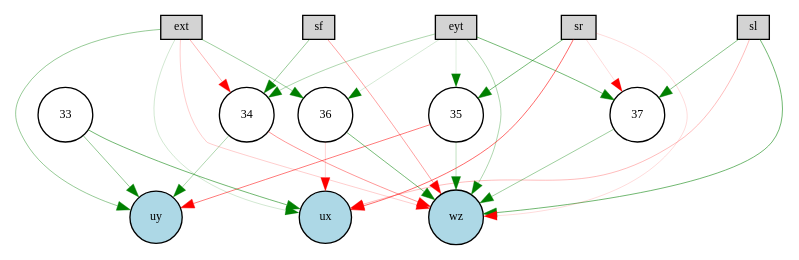
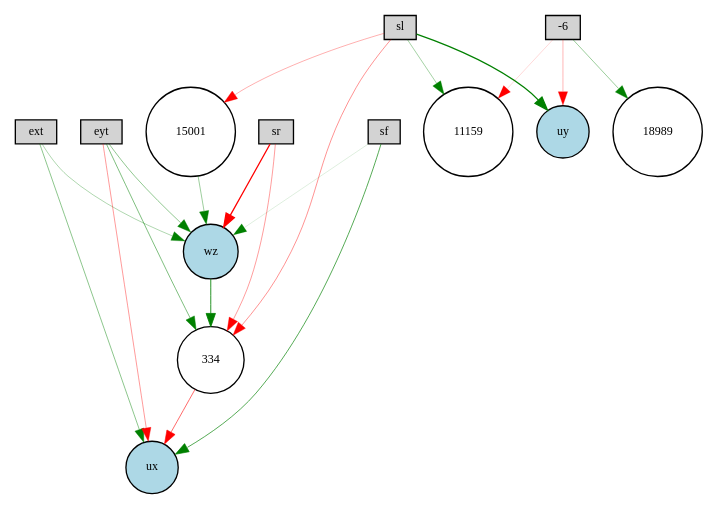
Before and after one commit to KaiL4eK/autopilot_simulator: the diagram in pictures_ff/winner-feedforward-enabled.gv, drawn with Graphviz. The commit also changed 9 other files, not shown here.

```diff
--- a/pictures_ff/winner-feedforward-enabled.gv
+++ b/pictures_ff/winner-feedforward-enabled.gv
@@ -1,44 +1,35 @@
 digraph {
 	node [fontsize=9 height=0.2 shape=circle width=0.2]
 	ext [fillcolor=lightgray shape=box style=filled]
 	eyt [fillcolor=lightgray shape=box style=filled]
 	sf [fillcolor=lightgray shape=box style=filled]
 	sl [fillcolor=lightgray shape=box style=filled]
 	sr [fillcolor=lightgray shape=box style=filled]
+	-6 [fillcolor=lightgray shape=box style=filled]
 	ux [fillcolor=lightblue style=filled]
 	uy [fillcolor=lightblue style=filled]
 	wz [fillcolor=lightblue style=filled]
-	35 [fillcolor=white style=filled]
-	36 [fillcolor=white style=filled]
-	37 [fillcolor=white style=filled]
-	33 [fillcolor=white style=filled]
-	34 [fillcolor=white style=filled]
-	sr -> ux [color=red penwidth=0.43883094619151697 style=solid]
-	eyt -> wz [color=green penwidth=0.24160920987310702 style=solid]
-	35 -> uy [color=red penwidth=0.3861535466267372 style=solid]
-	ext -> 36 [color=green penwidth=0.28515593279044255 style=solid]
-	ext -> ux [color=green penwidth=0.14255098095218316 style=solid]
-	eyt -> 35 [color=green penwidth=0.10072252561200136 style=solid]
-	ext -> wz [color=red penwidth=0.14523654600680602 style=solid]
-	35 -> wz [color=green penwidth=0.18990469092241202 style=solid]
-	sl -> wz [color=green penwidth=0.41893037419815216 style=solid]
-	sf -> 34 [color=green penwidth=0.30565812315111274 style=solid]
-	sl -> ux [color=red penwidth=0.19811080218607147 style=solid]
-	34 -> wz [color=red penwidth=0.31315771684293586 style=solid]
-	eyt -> 36 [color=green penwidth=0.13344221326465278 style=solid]
-	37 -> wz [color=green penwidth=0.2906920474555458 style=solid]
-	sr -> wz [color=red penwidth=0.11426997388430933 style=solid]
-	sl -> 37 [color=green penwidth=0.34633044541426594 style=solid]
-	ext -> uy [color=green penwidth=0.30956823590462396 style=solid]
-	eyt -> 34 [color=green penwidth=0.23500424477368367 style=solid]
-	34 -> uy [color=green penwidth=0.23662512609982841 style=solid]
-	33 -> uy [color=green penwidth=0.3206143571714114 style=solid]
-	ext -> 34 [color=red penwidth=0.21521780920395897 style=solid]
-	sf -> wz [color=red penwidth=0.2781473019587396 style=solid]
-	eyt -> 37 [color=green penwidth=0.40752791579759506 style=solid]
-	sr -> 37 [color=red penwidth=0.11140393208824789 style=solid]
-	36 -> wz [color=green penwidth=0.4013647422997233 style=solid]
-	33 -> ux [color=green penwidth=0.4218397776708419 style=solid]
-	sr -> 35 [color=green penwidth=0.40061718036582594 style=solid]
-	36 -> ux [color=red penwidth=0.125414781868812 style=solid]
+	18989 [fillcolor=white style=filled]
+	334 [fillcolor=white style=filled]
+	11159 [fillcolor=white style=filled]
+	15001 [fillcolor=white style=filled]
+	ext -> wz [color=green penwidth=0.23900137551456396 style=solid]
+	ext -> ux [color=green penwidth=0.3443340158729258 style=solid]
+	sr -> 334 [color=red penwidth=0.29239643180974584 style=solid]
+	sl -> 11159 [color=green penwidth=0.26736552740419195 style=solid]
+	eyt -> wz [color=green penwidth=0.3328007445047366 style=solid]
+	334 -> ux [color=red penwidth=0.43684043126163496 style=solid]
+	-6 -> 18989 [color=green penwidth=0.2967800159484826 style=solid]
+	wz -> 334 [color=green penwidth=0.6401219534015401 style=solid]
+	sl -> 15001 [color=red penwidth=0.2384541579233746 style=solid]
+	eyt -> ux [color=red penwidth=0.3047300593496938 style=solid]
+	-6 -> uy [color=red penwidth=0.21523687563739113 style=solid]
+	eyt -> 334 [color=green penwidth=0.37726660190401584 style=solid]
+	-6 -> 11159 [color=red penwidth=0.12102759410361497 style=solid]
+	sf -> ux [color=green penwidth=0.49999887689491507 style=solid]
+	sf -> wz [color=green penwidth=0.10220398020158174 style=solid]
+	sl -> 334 [color=red penwidth=0.3182732588320786 style=solid]
+	15001 -> wz [color=green penwidth=0.28598725032388894 style=solid]
+	sl -> uy [color=green penwidth=0.9647309892731878 style=solid]
+	sr -> wz [color=red penwidth=0.9840537086505275 style=solid]
 }
```
